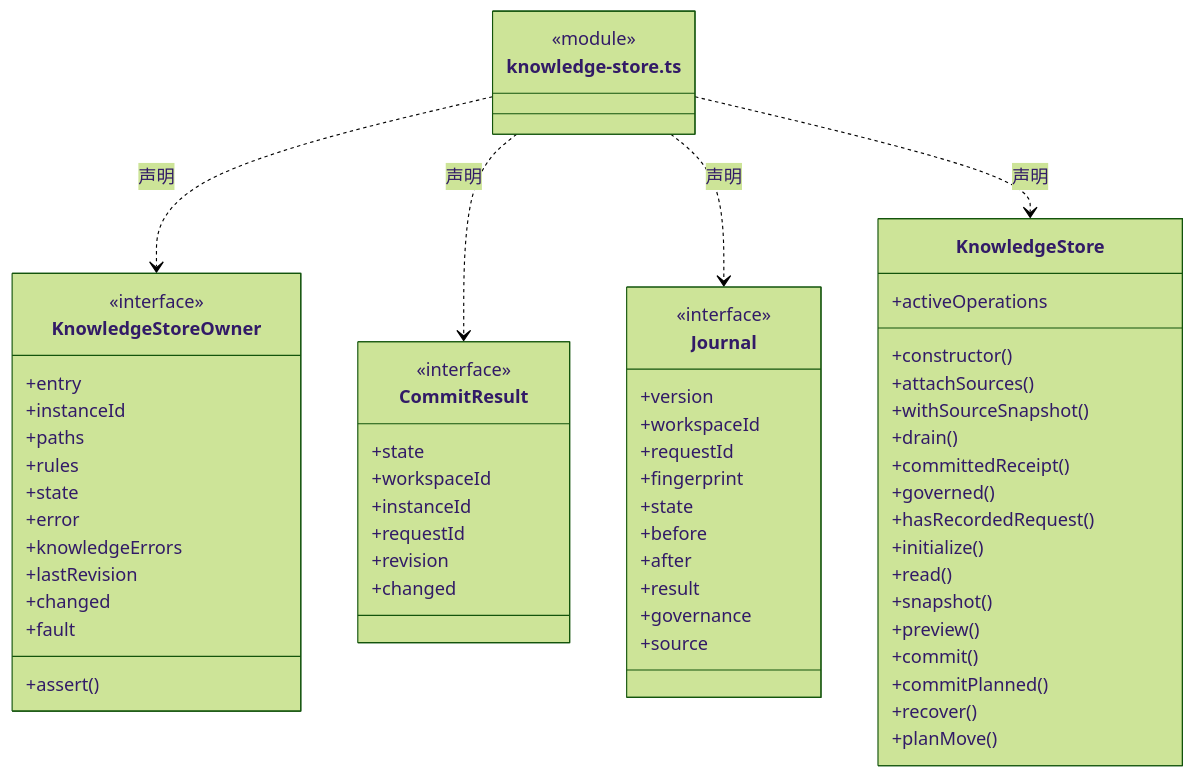
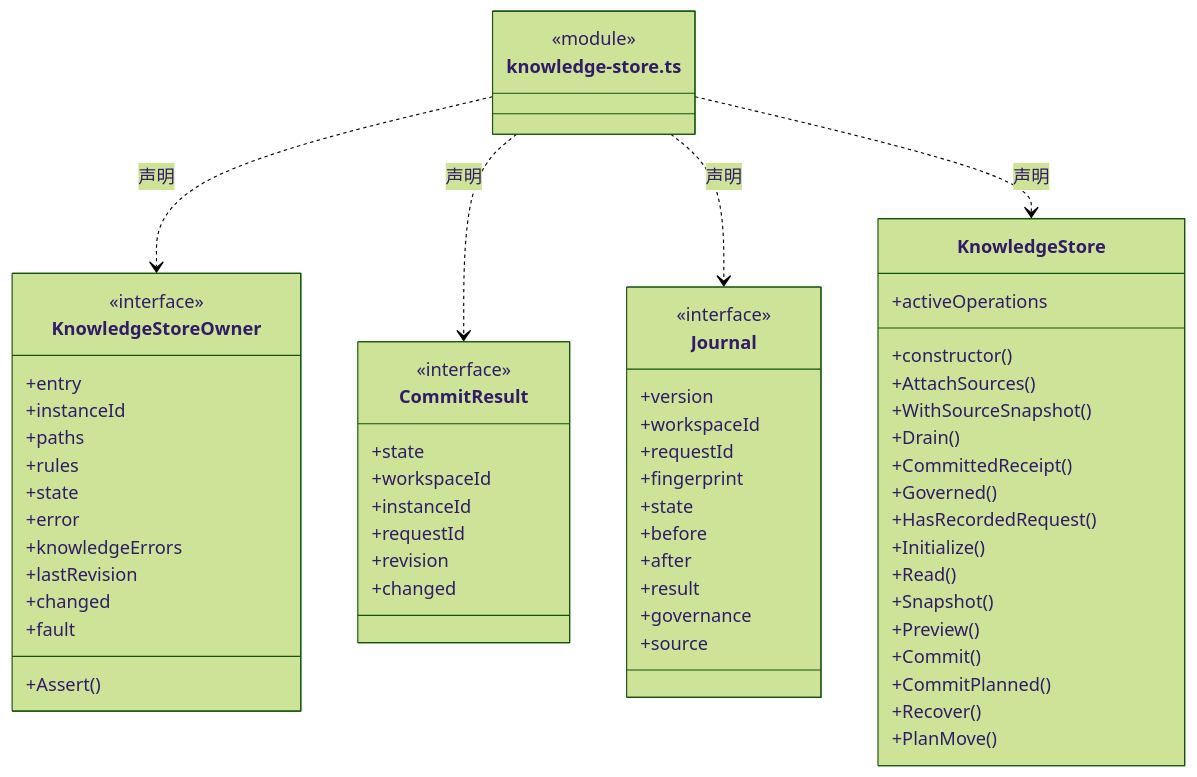
One commit to nan023062/cbim changed the third of 9 diagrams in src/logic/knowledge/storage/ARCHITECTURE.md. Above: the diagram before and after it, drawn with Mermaid (forest theme). The commit also changed other lines of this file and 1035 other files, not shown here.

````diff
--- a/src/logic/knowledge/storage/ARCHITECTURE.md
+++ b/src/logic/knowledge/storage/ARCHITECTURE.md
@@ -86,64 +86,64 @@
 ```mermaid
 classDiagram
 class N_src_logic_knowledge_storage_knowledge_store_ts["knowledge-store.ts"] {
   <<module>>
 }
 class N_src_logic_knowledge_storage_knowledge_store_ts_KnowledgeStoreOwner["KnowledgeStoreOwner"] {
   <<interface>>
   +entry
   +instanceId
   +paths
   +rules
   +state
   +error
   +knowledgeErrors
   +lastRevision
   +changed
   +fault
-  +assert()
+  +Assert()
 }
 N_src_logic_knowledge_storage_knowledge_store_ts ..> N_src_logic_knowledge_storage_knowledge_store_ts_KnowledgeStoreOwner : 声明
 class N_src_logic_knowledge_storage_knowledge_store_ts_CommitResult["CommitResult"] {
   <<interface>>
   +state
   +workspaceId
   +instanceId
   +requestId
   +revision
   +changed
 }
 N_src_logic_knowledge_storage_knowledge_store_ts ..> N_src_logic_knowledge_storage_knowledge_store_ts_CommitResult : 声明
 class N_src_logic_knowledge_storage_knowledge_store_ts_Journal["Journal"] {
   <<interface>>
   +version
   +workspaceId
   +requestId
   +fingerprint
   +state
   +before
   +after
   +result
   +governance
   +source
 }
 N_src_logic_knowledge_storage_knowledge_store_ts ..> N_src_logic_knowledge_storage_knowledge_store_ts_Journal : 声明
 class N_src_logic_knowledge_storage_knowledge_store_ts_KnowledgeStore["KnowledgeStore"] {
   +activeOperations
   +constructor()
-  +attachSources()
-  +withSourceSnapshot()
-  +drain()
-  +committedReceipt()
-  +governed()
-  +hasRecordedRequest()
-  +initialize()
-  +read()
-  +snapshot()
-  +preview()
-  +commit()
-  +commitPlanned()
-  +recover()
-  +planMove()
+  +AttachSources()
+  +WithSourceSnapshot()
+  +Drain()
+  +CommittedReceipt()
+  +Governed()
+  +HasRecordedRequest()
+  +Initialize()
+  +Read()
+  +Snapshot()
+  +Preview()
+  +Commit()
+  +CommitPlanned()
+  +Recover()
+  +PlanMove()
 }
 N_src_logic_knowledge_storage_knowledge_store_ts ..> N_src_logic_knowledge_storage_knowledge_store_ts_KnowledgeStore : 声明
 ```
````
